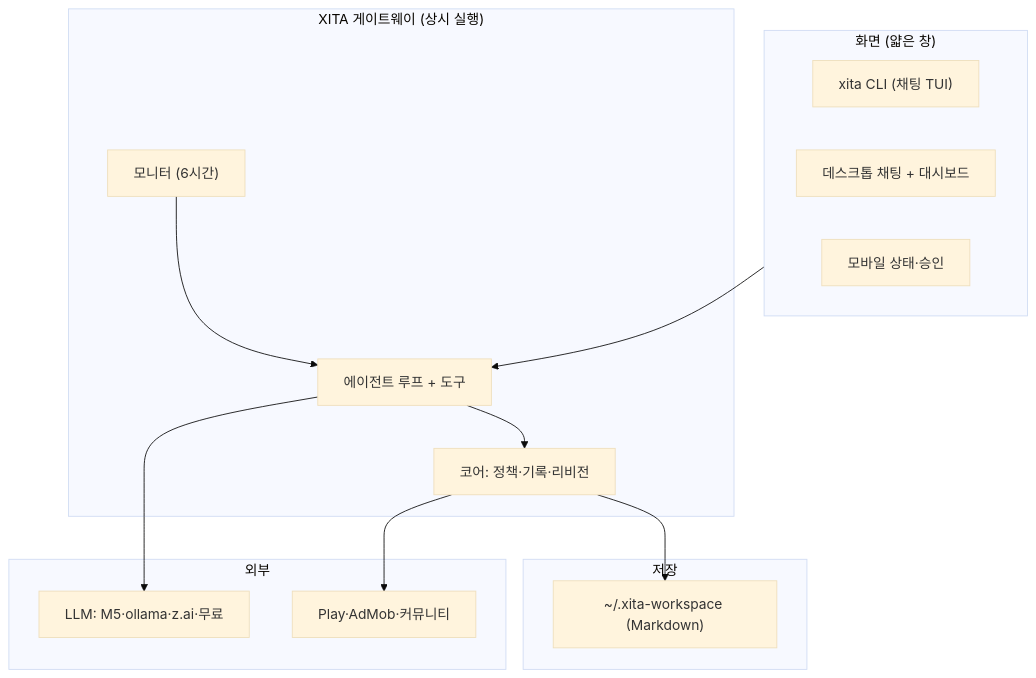
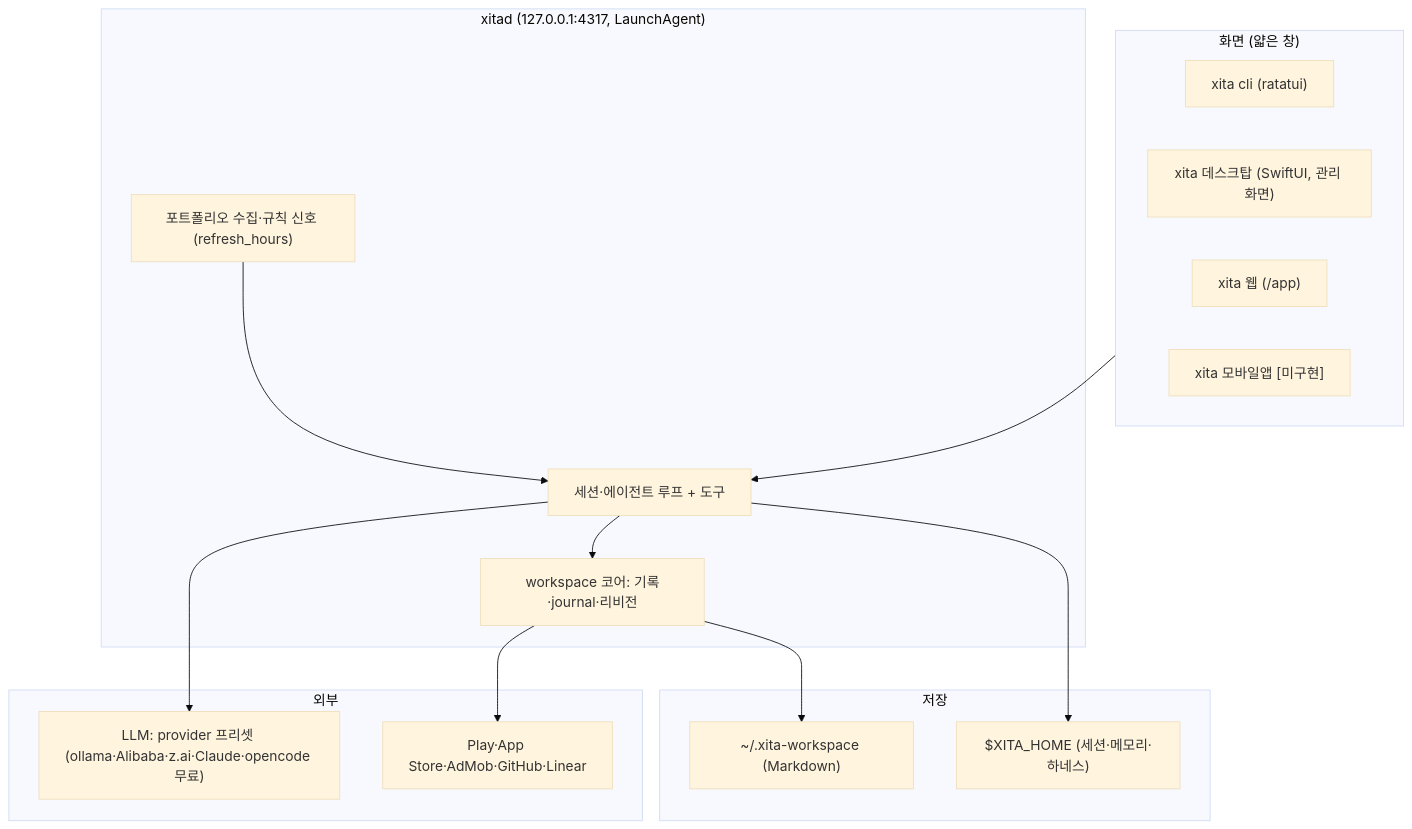
Before and after one commit to wjchoi87/xita: the first of 10 diagrams in docs/domain/xita-agent-os/index.md, drawn with Mermaid (base theme). The commit also changed other lines of this file and 1 other file, not shown here.

Commit message:
Docs: domain map — code sync with xita-app/core 2ce7655 and desktop 3f37c7f (implemented vs [미구현], current code paths, xitad memory measurement)

````diff
--- a/docs/domain/xita-agent-os/index.md
+++ b/docs/domain/xita-agent-os/index.md
@@ -13,24 +15,27 @@
 ```mermaid
 flowchart TB
   subgraph S["화면 (얇은 창)"]
-    S1["xita CLI (채팅 TUI)"]
-    S2["데스크톱 채팅 + 대시보드"]
-    S3["모바일 상태·승인"]
+    S1["xita cli (ratatui)"]
+    S2["xita 데스크탑 (SwiftUI, 관리 화면)"]
+    S4["xita 웹 (/app)"]
+    S3["xita 모바일앱 [미구현]"]
   end
-  subgraph G["XITA 게이트웨이 (상시 실행)"]
-    G1["에이전트 루프 + 도구"]
-    G2["코어: 정책·기록·리비전"]
-    G3["모니터 (6시간)"]
+  subgraph G["xitad (127.0.0.1:4317, LaunchAgent)"]
+    G1["세션·에이전트 루프 + 도구"]
+    G2["workspace 코어: 기록·journal·리비전"]
+    G3["포트폴리오 수집·규칙 신호 (refresh_hours)"]
   end
   subgraph D["저장"]
     D1["~/.xita-workspace (Markdown)"]
+    D2["$XITA_HOME (세션·메모리·하네스)"]
   end
   subgraph X["외부"]
-    X1["LLM: M5·ollama·z.ai·무료"]
-    X2["Play·AdMob·커뮤니티"]
+    X1["LLM: provider 프리셋 (ollama·Alibaba·z.ai·Claude·opencode 무료)"]
+    X2["Play·App Store·AdMob·GitHub·Linear"]
   end
   S --> G1 --> G2 --> D1
+  G1 --> D2
   G3 --> G1
   G1 --> X1
   G2 --> X2
 ```
````
